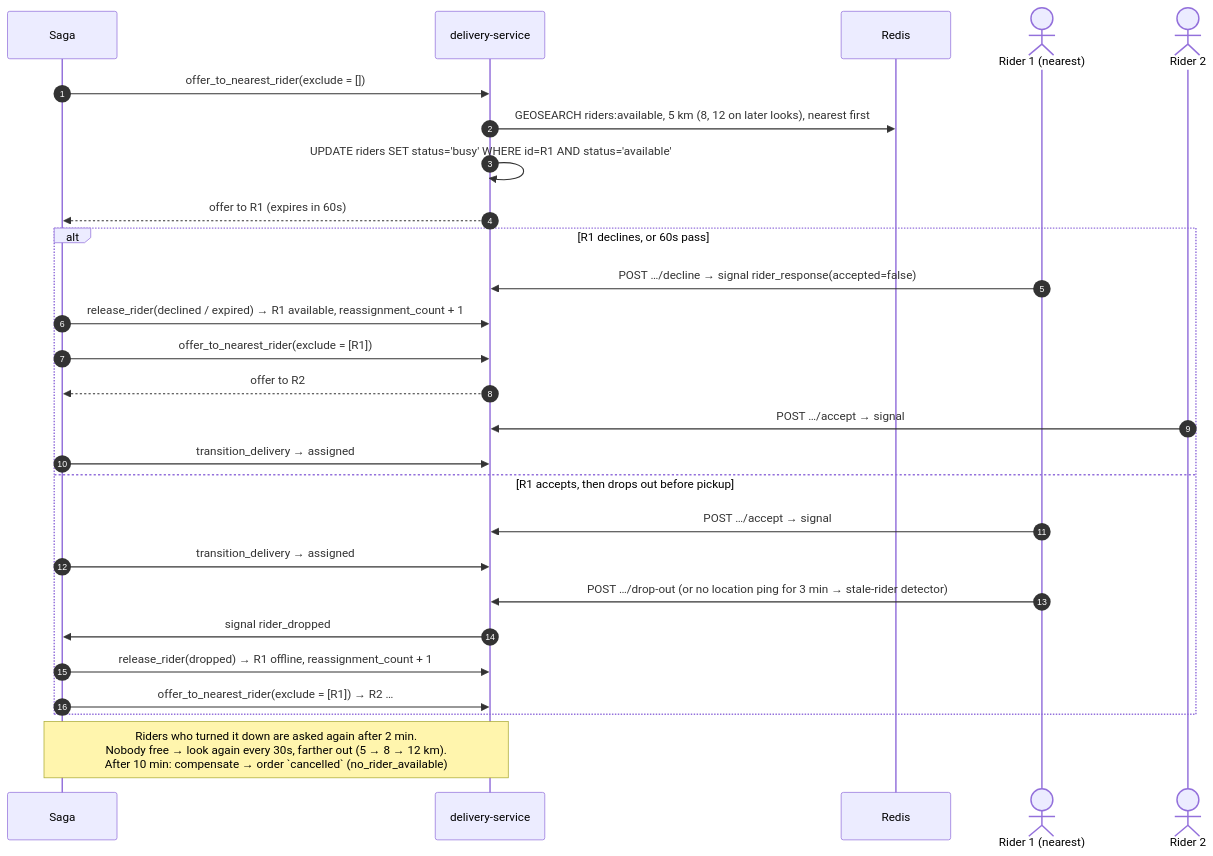
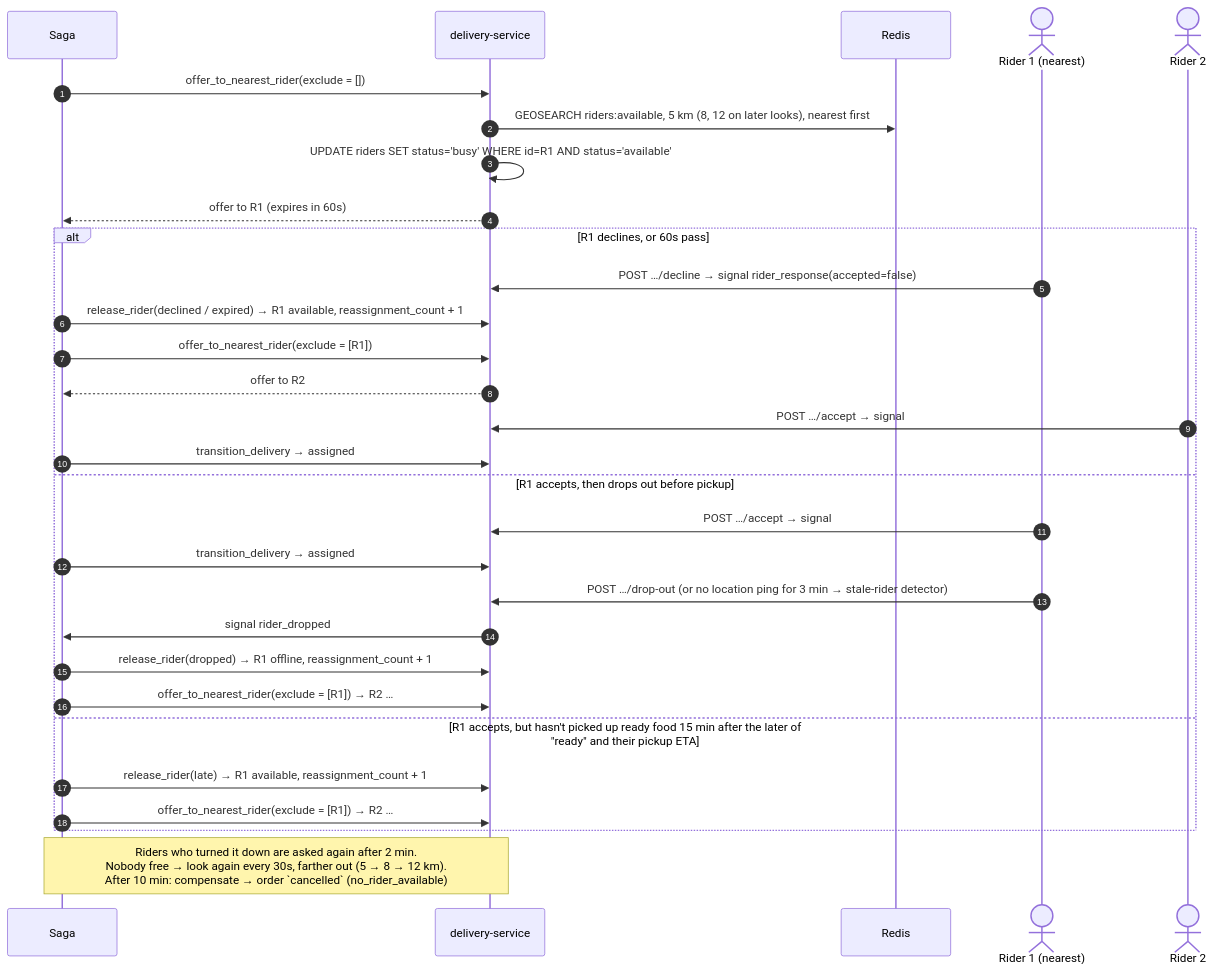
Diagram 17 of 28 in docs/diagrams.md (umer-emumba/smartfoodops-ms), drawn with Mermaid before and after one commit. The commit also changed other lines of this file and 3 other files, not shown here.

First line of the commit message:
Docs: catch up with food ready, saga deadlines and the improvements

````diff
--- a/docs/diagrams.md
+++ b/docs/diagrams.md
@@ -481,30 +513,33 @@
 ```mermaid
 sequenceDiagram
     autonumber
     participant W as Saga
     participant DS as delivery-service
     participant Redis
     actor R1 as Rider 1 (nearest)
     actor R2 as Rider 2
 
     W->>DS: offer_to_nearest_rider(exclude = [])
     DS->>Redis: GEOSEARCH riders:available, 5 km (8, 12 on later looks), nearest first
     DS->>DS: UPDATE riders SET status='busy' WHERE id=R1 AND status='available'
     DS-->>W: offer to R1 (expires in 60s)
     alt R1 declines, or 60s pass
         R1->>DS: POST …/decline → signal rider_response(accepted=false)
         W->>DS: release_rider(declined / expired) → R1 available, reassignment_count + 1
         W->>DS: offer_to_nearest_rider(exclude = [R1])
         DS-->>W: offer to R2
         R2->>DS: POST …/accept → signal
         W->>DS: transition_delivery → assigned
     else R1 accepts, then drops out before pickup
         R1->>DS: POST …/accept → signal
         W->>DS: transition_delivery → assigned
         R1->>DS: POST …/drop-out (or no location ping for 3 min → stale-rider detector)
         DS->>W: signal rider_dropped
         W->>DS: release_rider(dropped) → R1 offline, reassignment_count + 1
         W->>DS: offer_to_nearest_rider(exclude = [R1]) → R2 …
+    else R1 accepts, but hasn't picked up ready food 15 min after the later of "ready" and their pickup ETA
+        W->>DS: release_rider(late) → R1 available, reassignment_count + 1
+        W->>DS: offer_to_nearest_rider(exclude = [R1]) → R2 …
     end
     Note over W,DS: Riders who turned it down are asked again after 2 min.<br/>Nobody free → look again every 30s, farther out (5 → 8 → 12 km).<br/>After 10 min: compensate → order `cancelled` (no_rider_available)
 ```
````
